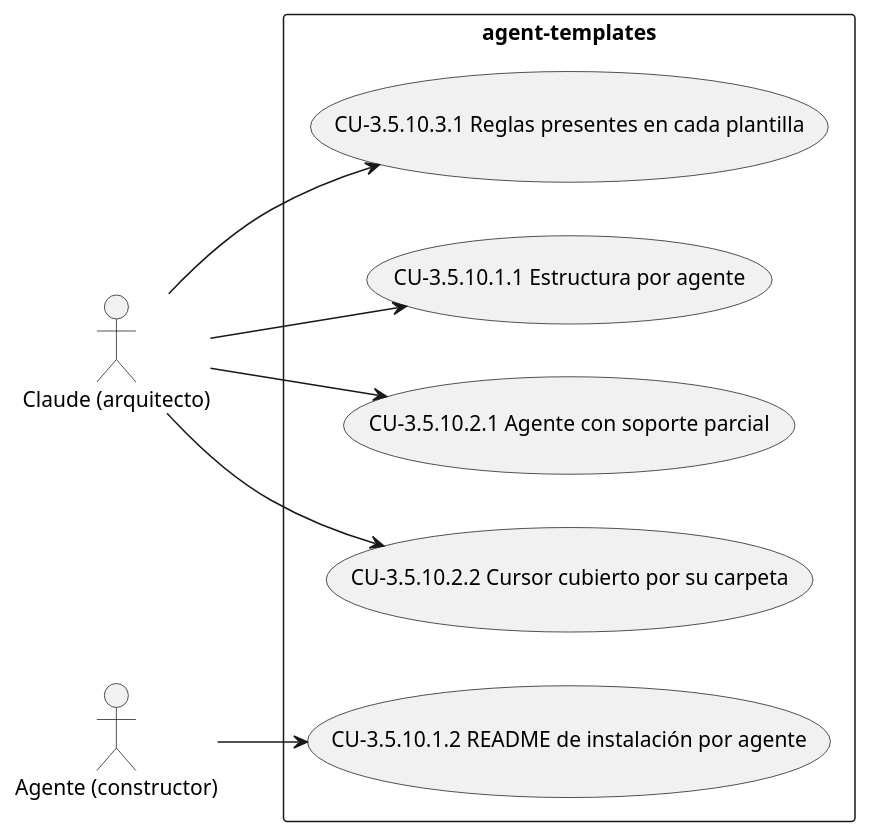
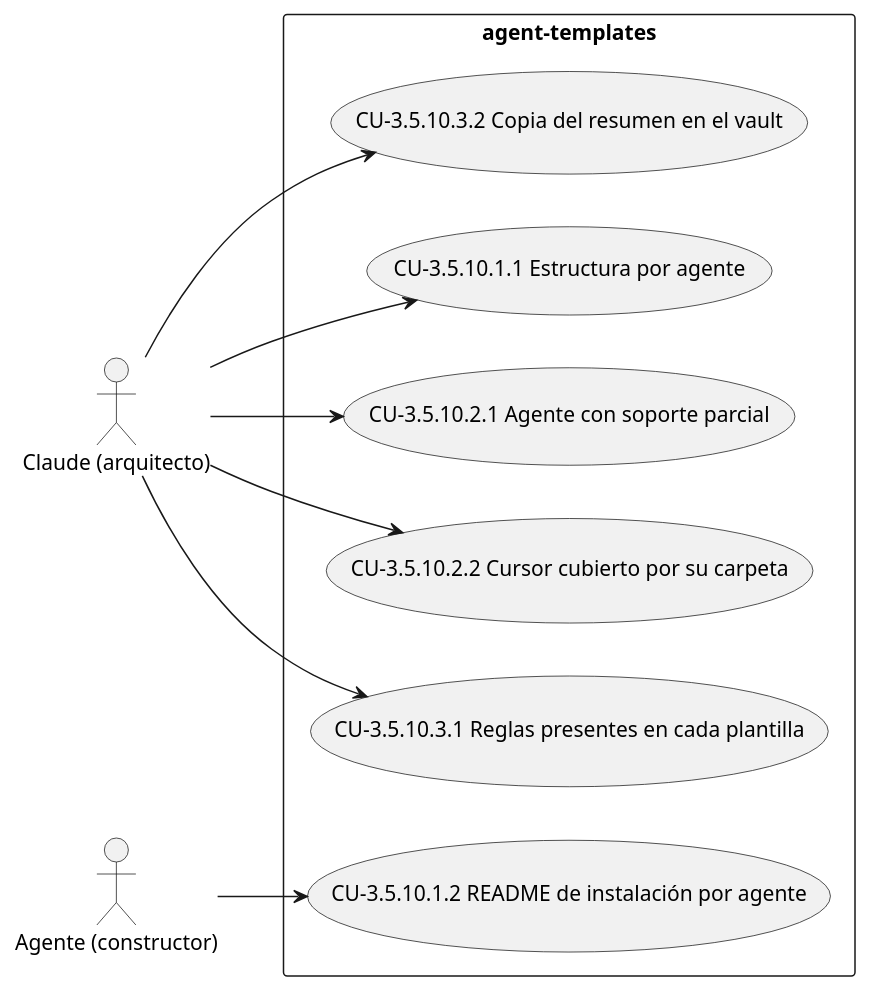
Before and after one commit to Lautaro-Montecchiani/sdd-global-config: the tenth of 11 diagrams in docs/srs.md, drawn with PlantUML. The commit also changed other lines of this file and 1 other file, not shown here.

````diff
--- a/docs/srs.md
+++ b/docs/srs.md
@@ -1261,19 +1335,21 @@
 ```plantuml
 @startuml
 left to right direction
 actor "Claude (arquitecto)" as A1
 actor "Agente (constructor)" as A2
 rectangle "agent-templates" {
   usecase "CU-3.5.10.1.1 Estructura por agente" as UC_3_5_10_1_1
   usecase "CU-3.5.10.1.2 README de instalación por agente" as UC_3_5_10_1_2
   usecase "CU-3.5.10.2.1 Agente con soporte parcial" as UC_3_5_10_2_1
   usecase "CU-3.5.10.2.2 Cursor cubierto por su carpeta" as UC_3_5_10_2_2
   usecase "CU-3.5.10.3.1 Reglas presentes en cada plantilla" as UC_3_5_10_3_1
+  usecase "CU-3.5.10.3.2 Copia del resumen en el vault" as UC_3_5_10_3_2
 }
 A1 --> UC_3_5_10_1_1
 A2 --> UC_3_5_10_1_2
 A1 --> UC_3_5_10_2_1
 A1 --> UC_3_5_10_2_2
 A1 --> UC_3_5_10_3_1
+A1 --> UC_3_5_10_3_2
 @enduml
 ```
````
